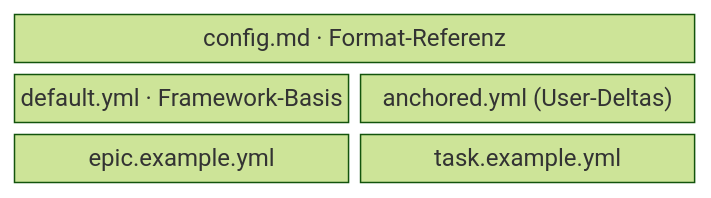
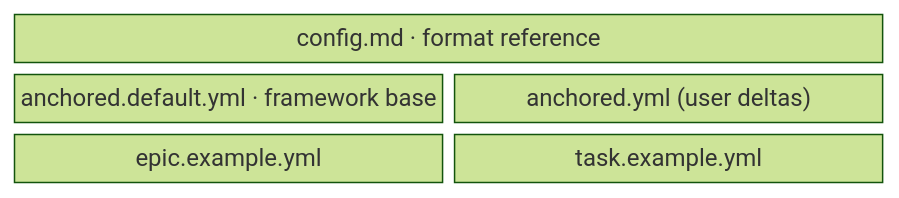
Before and after one commit to chafoo/anchored: the diagram in docs/plugin/references/_references.md, drawn with Mermaid (forest theme). The commit also changed other lines of this file and 131 other files, not shown here.

````diff
--- a/docs/plugin/references/_references.md
+++ b/docs/plugin/references/_references.md
@@ -10,7 +10,7 @@
 ```mermaid
 block-beta
     columns 2
-    cfg["config.md · Format-Referenz"]:2
-    def["default.yml · Framework-Basis"] usr["anchored.yml (User-Deltas)"]
+    cfg["config.md · format reference"]:2
+    def["anchored.default.yml · framework base"] usr["anchored.yml (user deltas)"]
     epic["epic.example.yml"] task["task.example.yml"]
 ```
````
